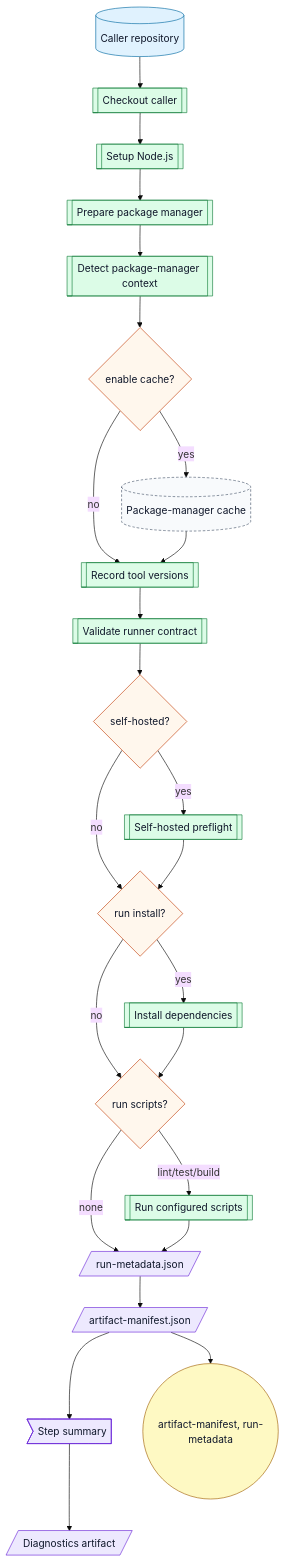
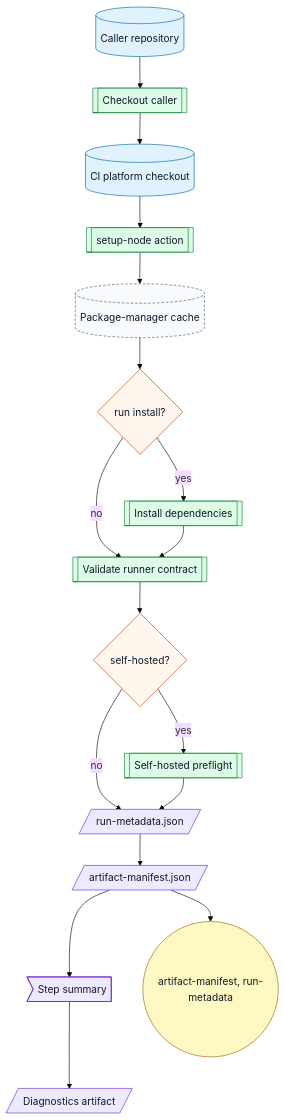
The sixth of 20 diagrams in docs/workflow-catalog.md (ArkanisCorporation/ci), drawn with Mermaid (base theme) before and after one commit. The commit also changed other lines of this file and 34 other files, not shown here.

````diff
--- a/docs/workflow-catalog.md
+++ b/docs/workflow-catalog.md
@@ -731,38 +946,31 @@
 ```mermaid
 flowchart TD
   caller[("Caller repository")] --> checkout[[Checkout caller]]
-  checkout --> node[[Setup Node.js]]
-  node --> manager[[Prepare package manager]]
-  manager --> detect[[Detect package-manager context]]
-  detect --> cache{enable cache?}
-  cache -->|yes| store[("Package-manager cache")]
-  cache -->|no| versions[[Record tool versions]]
-  store --> versions
-  versions --> validate[[Validate runner contract]]
+  checkout --> platform[("CI platform checkout")]
+  platform --> setup[[setup-node action]]
+  setup --> store[("Package-manager cache")]
+  store --> install{run install?}
+  install -->|yes| deps[[Install dependencies]]
+  install -->|no| validate[[Validate runner contract]]
+  deps --> validate
   validate --> preflight{self-hosted?}
   preflight -->|yes| sh[[Self-hosted preflight]]
-  preflight -->|no| install{run install?}
-  sh --> install
-  install -->|yes| deps[[Install dependencies]]
-  install -->|no| scripts{run scripts?}
-  deps --> scripts
-  scripts -->|lint/test/build| runScripts[[Run configured scripts]]
-  scripts -->|none| metadata[/run-metadata.json/]
-  runScripts --> metadata
+  preflight -->|no| metadata[/run-metadata.json/]
+  sh --> metadata
   metadata --> manifest[/artifact-manifest.json/]
   manifest --> summary>Step summary]
   summary --> diagnostics[/Diagnostics artifact/]
   manifest --> outputs(("artifact-manifest, run-metadata"))
   classDef repo fill:#e0f2fe,stroke:#0369a1,color:#0f172a
   classDef action fill:#dcfce7,stroke:#15803d,color:#0f172a
   classDef decision fill:#fff7ed,stroke:#c2410c,color:#0f172a
   classDef artifact fill:#ede9fe,stroke:#6d28d9,color:#0f172a
   classDef output fill:#fef9c3,stroke:#a16207,color:#0f172a
   classDef external fill:#f8fafc,stroke:#475569,stroke-dasharray: 4 3,color:#0f172a
-  class caller repo
-  class checkout,node,manager,detect,versions,validate,sh,deps,runScripts action
-  class cache,preflight,install,scripts decision
+  class caller,platform repo
+  class checkout,setup,validate,sh,deps action
+  class preflight,install decision
   class metadata,manifest,summary,diagnostics artifact
   class outputs output
   class store external
 ```
````
